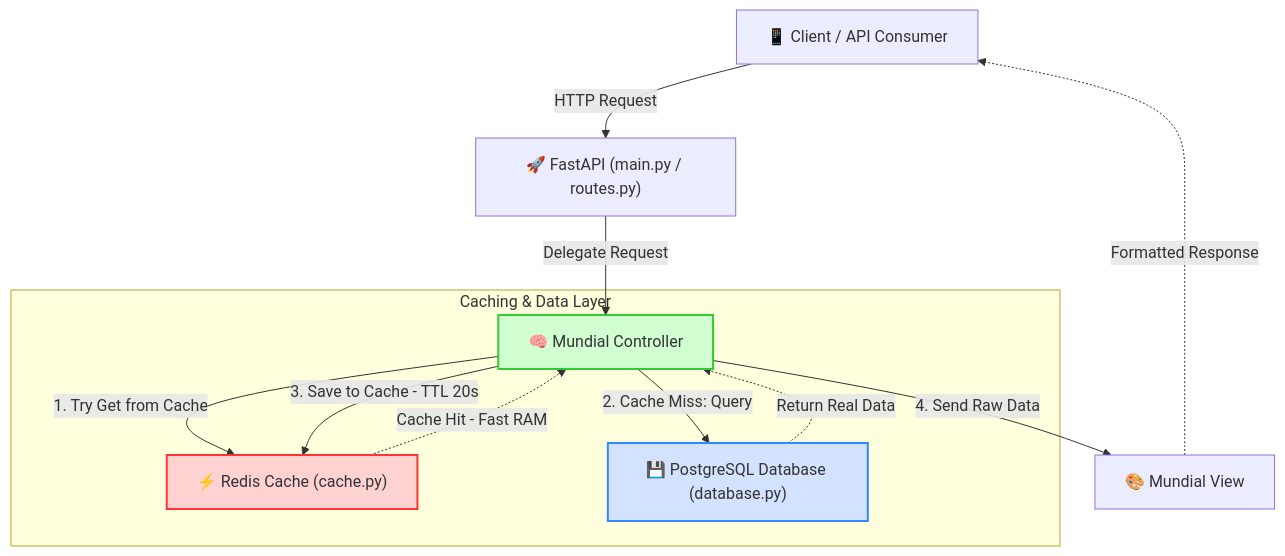
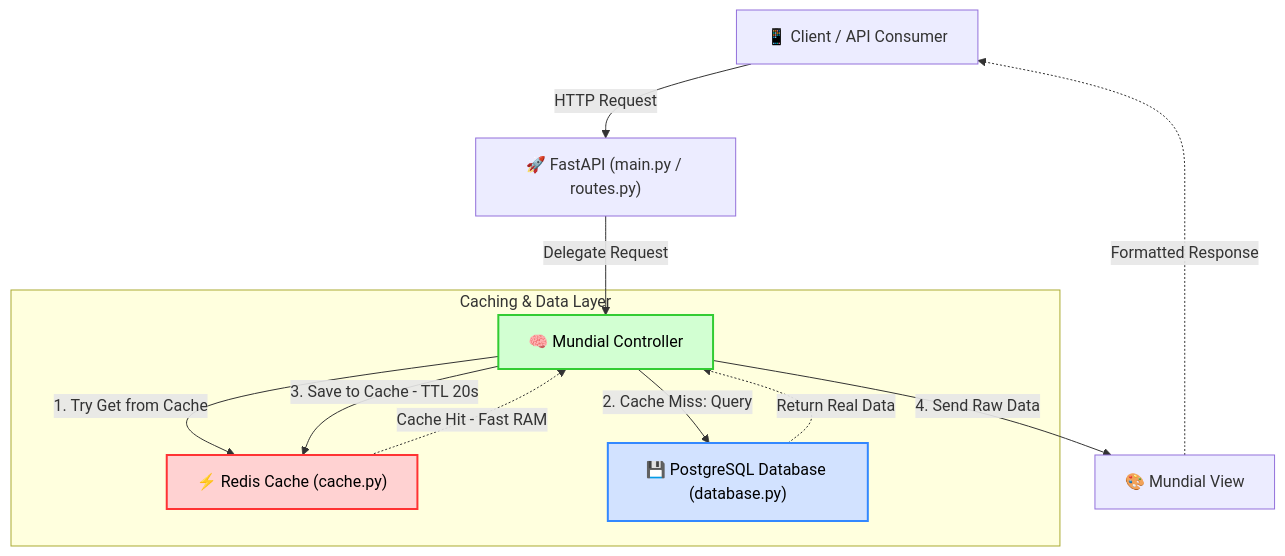
Before and after one commit to MNATorres/redis-bypass: the diagram in README.md, drawn with Mermaid.

Commit message:
Fix text color contrast for custom styled Mermaid nodes in README.md

````diff
--- a/README.md
+++ b/README.md
@@ -17,21 +17,21 @@
 ```mermaid
 graph TD
     Client["📱 Client / API Consumer"] -->|HTTP Request| API["🚀 FastAPI (main.py / routes.py)"]
     API -->|Delegate Request| Ctrl["🧠 Mundial Controller"]
     
     subgraph Caching & Data Layer
         Ctrl -->|1. Try Get from Cache| Redis["⚡ Redis Cache (cache.py)"]
         Redis -. Cache Hit - Fast RAM .-> Ctrl
         
         Ctrl -->|2. Cache Miss: Query| DB["💾 PostgreSQL Database (database.py)"]
         DB -. Return Real Data .-> Ctrl
         Ctrl -->|3. Save to Cache - TTL 20s| Redis
     end
     
     Ctrl -->|4. Send Raw Data| View["🎨 Mundial View"]
     View -. Formatted Response .-> Client
 
-    style Redis fill:#FFD2D2,stroke:#FF3333,stroke-width:2px;
-    style DB fill:#D2E2FF,stroke:#3388FF,stroke-width:2px;
-    style Ctrl fill:#D2FFD2,stroke:#33CC33,stroke-width:2px;
+    style Redis fill:#FFD2D2,stroke:#FF3333,stroke-width:2px,color:#000000;
+    style DB fill:#D2E2FF,stroke:#3388FF,stroke-width:2px,color:#000000;
+    style Ctrl fill:#D2FFD2,stroke:#33CC33,stroke-width:2px,color:#000000;
 ```
````
